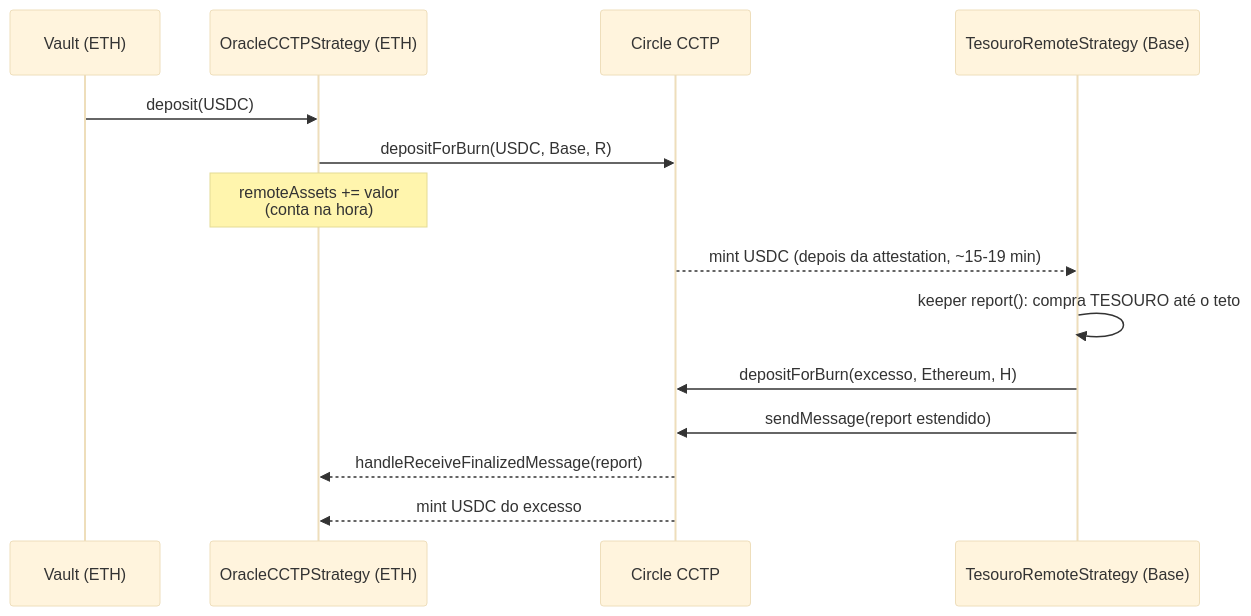
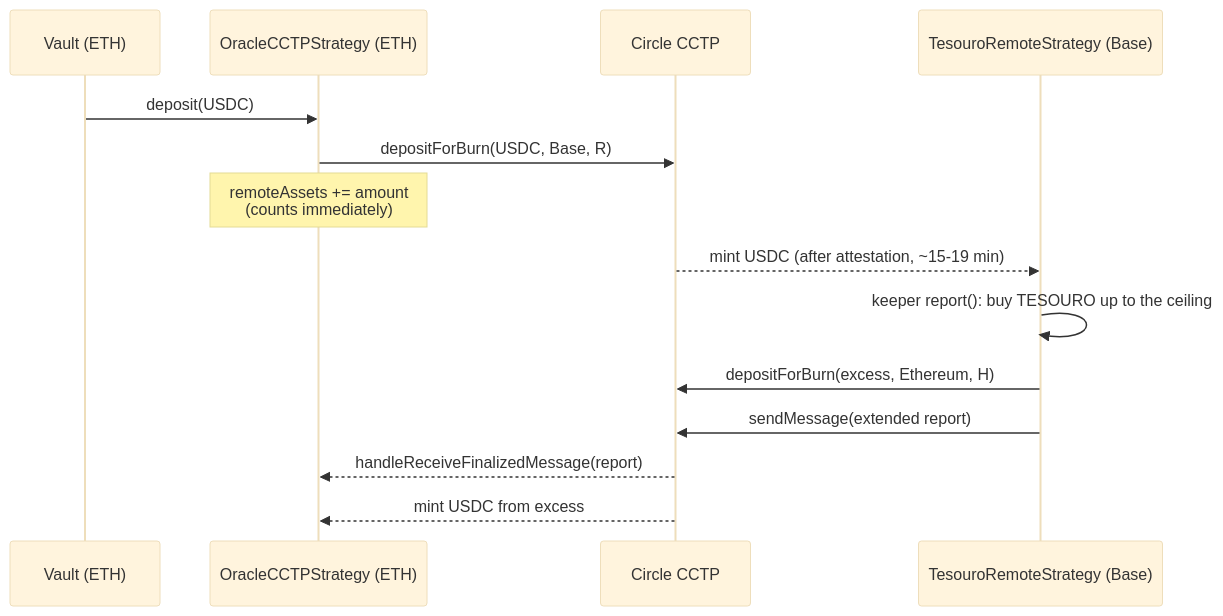
The second of 3 diagrams in docs/USD_HUB_TESOURO.md (matheus1lva/tokenized-cctp), drawn with Mermaid (base theme) before and after one commit. The commit also changed other lines of this file and 1 other file, not shown here.

Commit message:
docs: translate USD hub TESOURO doc to English

````diff
--- a/docs/USD_HUB_TESOURO.md
+++ b/docs/USD_HUB_TESOURO.md
@@ -46,16 +46,16 @@
 ```mermaid
 sequenceDiagram
     participant V as Vault (ETH)
     participant H as OracleCCTPStrategy (ETH)
     participant C as Circle CCTP
     participant R as TesouroRemoteStrategy (Base)
     V->>H: deposit(USDC)
     H->>C: depositForBurn(USDC, Base, R)
-    Note over H: remoteAssets += valor<br/>(conta na hora)
-    C-->>R: mint USDC (depois da attestation, ~15-19 min)
-    R->>R: keeper report(): compra TESOURO até o teto
-    R->>C: depositForBurn(excesso, Ethereum, H)
-    R->>C: sendMessage(report estendido)
+    Note over H: remoteAssets += amount<br/>(counts immediately)
+    C-->>R: mint USDC (after attestation, ~15-19 min)
+    R->>R: keeper report(): buy TESOURO up to the ceiling
+    R->>C: depositForBurn(excess, Ethereum, H)
+    R->>C: sendMessage(extended report)
     C-->>H: handleReceiveFinalizedMessage(report)
-    C-->>H: mint USDC do excesso
+    C-->>H: mint USDC from excess
 ```
````
